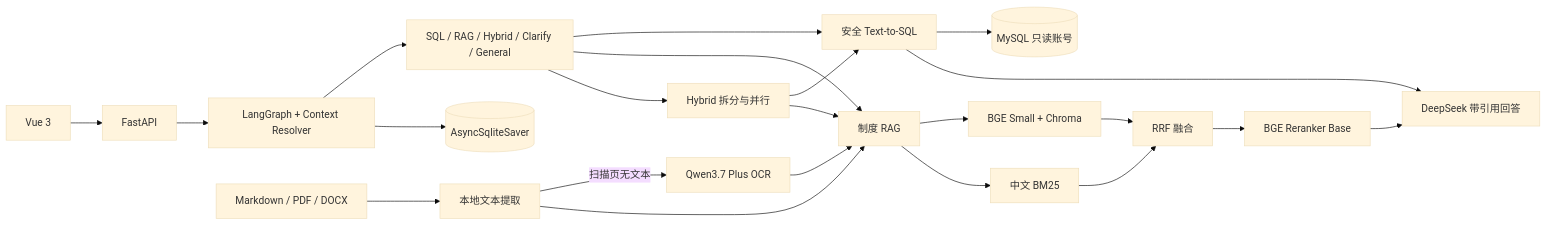
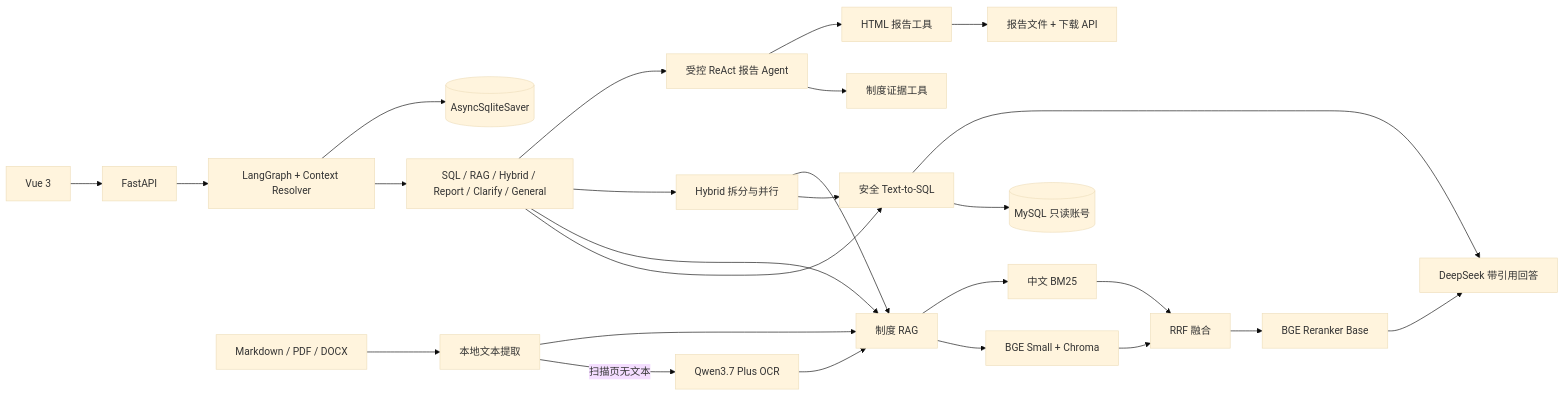
The diagram in README.md (xxxjiejiejie/retail-insight-agent), drawn with Mermaid (base theme) before and after one commit. The commit also changed other lines of this file and 32 other files, not shown here.

````diff
--- a/README.md
+++ b/README.md
@@ -107,24 +112,28 @@
 ```mermaid
 flowchart LR
     Vue["Vue 3"] --> API["FastAPI"]
     API --> Graph["LangGraph + Context Resolver"]
-    Graph --> Router["SQL / RAG / Hybrid / Clarify / General"]
+    Graph --> Router["SQL / RAG / Hybrid / Report / Clarify / General"]
     Router --> SQL["安全 Text-to-SQL"]
     Router --> RAG["制度 RAG"]
     Router --> Hybrid["Hybrid 拆分与并行"]
+    Router --> Report["受控 ReAct 报告 Agent"]
     SQL --> MySQL[("MySQL 只读账号")]
     RAG --> Vector["BGE Small + Chroma"]
     RAG --> BM25["中文 BM25"]
     Documents["Markdown / PDF / DOCX"] --> NativeText["本地文本提取"]
     NativeText -->|扫描页无文本| OCR["Qwen3.7 Plus OCR"]
     NativeText --> RAG
     OCR --> RAG
     Vector --> RRF["RRF 融合"]
     BM25 --> RRF
     RRF --> Reranker["BGE Reranker Base"]
     Reranker --> Answer["DeepSeek 带引用回答"]
     SQL --> Answer
     Hybrid --> SQL
     Hybrid --> RAG
+    Report --> PolicyTool["制度证据工具"]
+    Report --> RenderTool["HTML 报告工具"]
+    RenderTool --> Artifact["报告文件 + 下载 API"]
     Graph --> Session[("AsyncSqliteSaver")]
 ```
````
